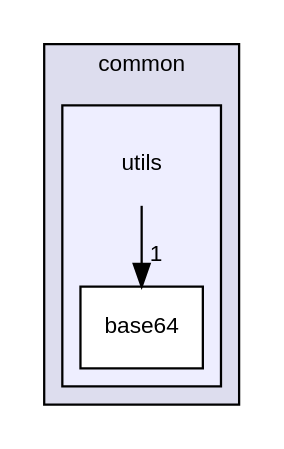
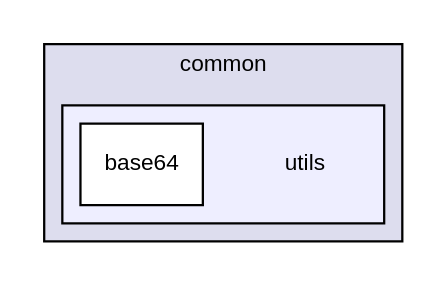
One commit to BlueBrain/BioExplorer changed the diagram in docs/dir_24d2b09f55784c9734650670d10681eb_dep.dot. Above: the diagram before and after it, drawn with Graphviz. The commit also changed 1946 other files, not shown here.

```diff
--- a/docs/dir_24d2b09f55784c9734650670d10681eb_dep.dot
+++ b/docs/dir_24d2b09f55784c9734650670d10681eb_dep.dot
@@ -1,14 +1,13 @@
 digraph "platform/core/common/utils" {
   compound=true
   node [ fontsize="10", fontname="Helvetica"];
   edge [ labelfontsize="10", labelfontname="Helvetica"];
   subgraph clusterdir_ff47398fa61110350cc6863e3680f308 {
     graph [ bgcolor="#ddddee", pencolor="black", label="common" fontname="Helvetica", fontsize="10", URL="dir_ff47398fa61110350cc6863e3680f308.html"]
   subgraph clusterdir_24d2b09f55784c9734650670d10681eb {
     graph [ bgcolor="#eeeeff", pencolor="black", label="" URL="dir_24d2b09f55784c9734650670d10681eb.html"];
     dir_24d2b09f55784c9734650670d10681eb [shape=plaintext label="utils"];
   dir_a47a3b6cb6165efeb28e726fcc9f9fd7 [shape=box label="base64" fillcolor="white" style="filled" URL="dir_a47a3b6cb6165efeb28e726fcc9f9fd7.html"];
   }
   }
-  dir_24d2b09f55784c9734650670d10681eb->dir_a47a3b6cb6165efeb28e726fcc9f9fd7 [headlabel="1", labeldistance=1.5 headhref="dir_000099_000100.html"];
 }
```
